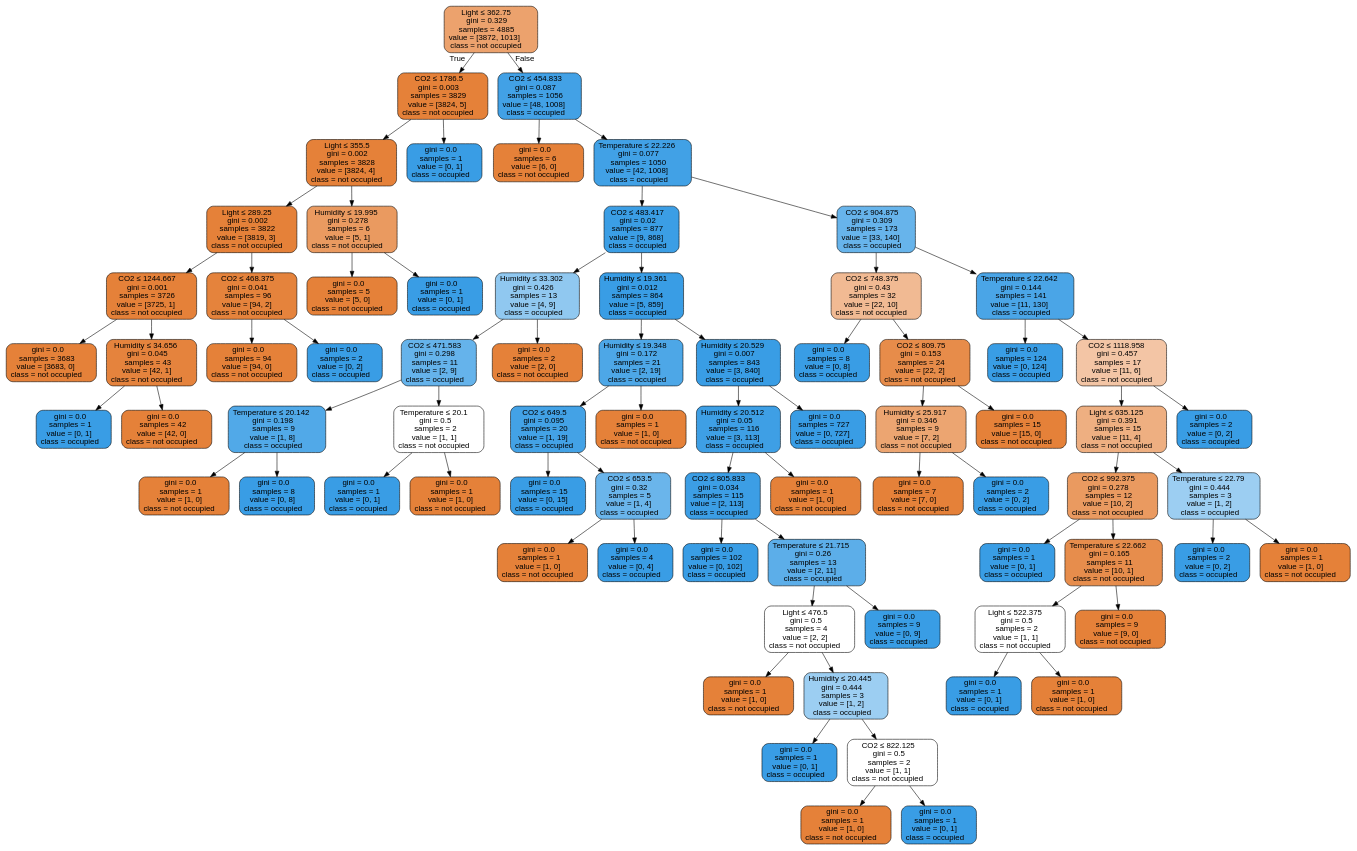
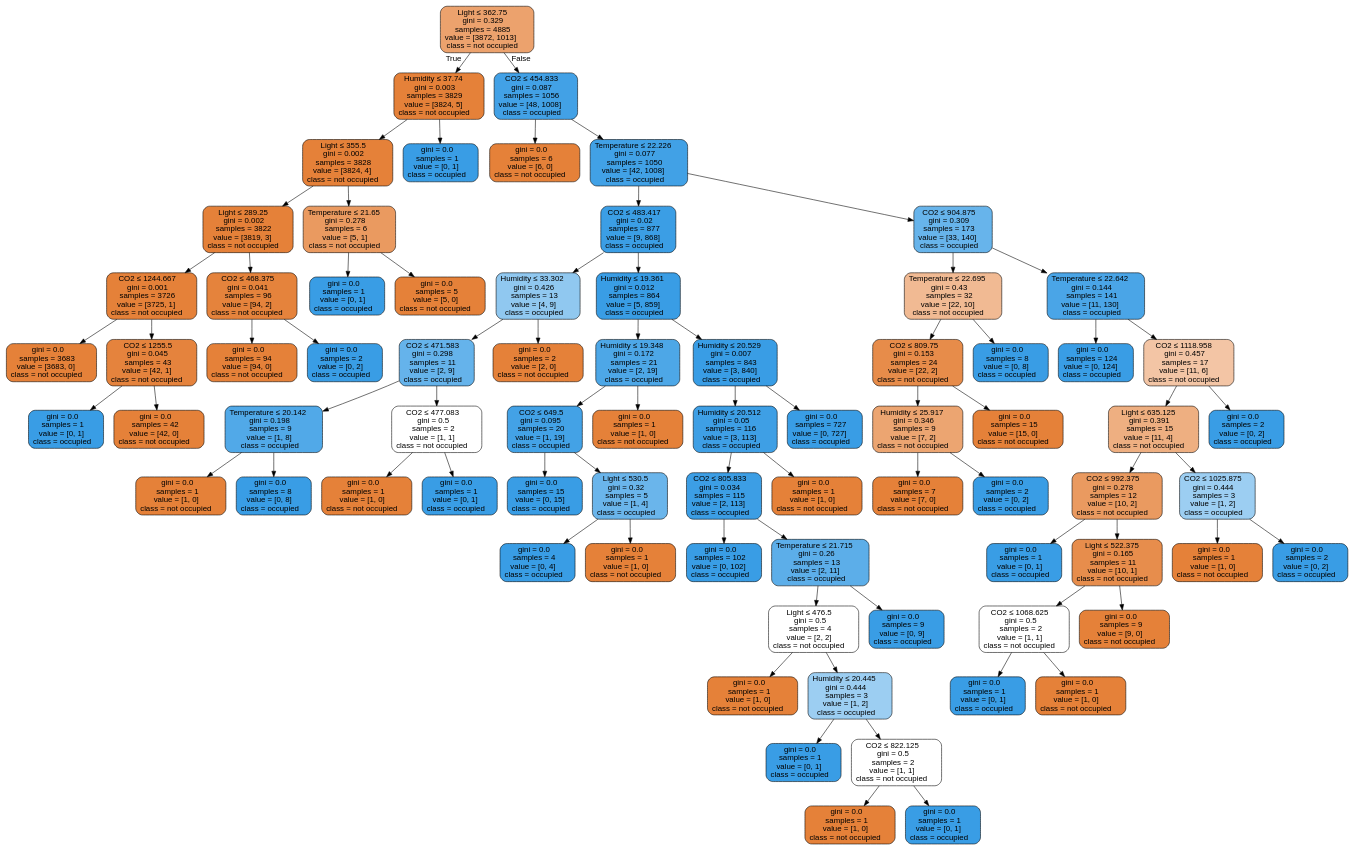
One commit to rotarywolf/PDS_DataModel changed the diagram in Occupancy.dot. Above: the diagram before and after it, drawn with Graphviz. The commit also changed 2 other files, not shown here.

```diff
--- a/Occupancy.dot
+++ b/Occupancy.dot
@@ -1,153 +1,153 @@
 digraph Tree {
 node [shape=box, style="filled, rounded", color="black", fontname=helvetica] ;
 edge [fontname=helvetica] ;
 0 [label=<Light &le; 362.75<br/>gini = 0.329<br/>samples = 4885<br/>value = [3872, 1013]<br/>class = not occupied>, fillcolor="#e58139bc"] ;
-1 [label=<CO2 &le; 1786.5<br/>gini = 0.003<br/>samples = 3829<br/>value = [3824, 5]<br/>class = not occupied>, fillcolor="#e58139ff"] ;
+1 [label=<Humidity &le; 37.74<br/>gini = 0.003<br/>samples = 3829<br/>value = [3824, 5]<br/>class = not occupied>, fillcolor="#e58139ff"] ;
 0 -> 1 [labeldistance=2.5, labelangle=45, headlabel="True"] ;
 2 [label=<Light &le; 355.5<br/>gini = 0.002<br/>samples = 3828<br/>value = [3824, 4]<br/>class = not occupied>, fillcolor="#e58139ff"] ;
 1 -> 2 ;
 3 [label=<Light &le; 289.25<br/>gini = 0.002<br/>samples = 3822<br/>value = [3819, 3]<br/>class = not occupied>, fillcolor="#e58139ff"] ;
 2 -> 3 ;
 4 [label=<CO2 &le; 1244.667<br/>gini = 0.001<br/>samples = 3726<br/>value = [3725, 1]<br/>class = not occupied>, fillcolor="#e58139ff"] ;
 3 -> 4 ;
 5 [label=<gini = 0.0<br/>samples = 3683<br/>value = [3683, 0]<br/>class = not occupied>, fillcolor="#e58139ff"] ;
 4 -> 5 ;
-6 [label=<Humidity &le; 34.656<br/>gini = 0.045<br/>samples = 43<br/>value = [42, 1]<br/>class = not occupied>, fillcolor="#e58139f9"] ;
+6 [label=<CO2 &le; 1255.5<br/>gini = 0.045<br/>samples = 43<br/>value = [42, 1]<br/>class = not occupied>, fillcolor="#e58139f9"] ;
 4 -> 6 ;
 7 [label=<gini = 0.0<br/>samples = 1<br/>value = [0, 1]<br/>class = occupied>, fillcolor="#399de5ff"] ;
 6 -> 7 ;
 8 [label=<gini = 0.0<br/>samples = 42<br/>value = [42, 0]<br/>class = not occupied>, fillcolor="#e58139ff"] ;
 6 -> 8 ;
 9 [label=<CO2 &le; 468.375<br/>gini = 0.041<br/>samples = 96<br/>value = [94, 2]<br/>class = not occupied>, fillcolor="#e58139fa"] ;
 3 -> 9 ;
 10 [label=<gini = 0.0<br/>samples = 94<br/>value = [94, 0]<br/>class = not occupied>, fillcolor="#e58139ff"] ;
 9 -> 10 ;
 11 [label=<gini = 0.0<br/>samples = 2<br/>value = [0, 2]<br/>class = occupied>, fillcolor="#399de5ff"] ;
 9 -> 11 ;
-12 [label=<Humidity &le; 19.995<br/>gini = 0.278<br/>samples = 6<br/>value = [5, 1]<br/>class = not occupied>, fillcolor="#e58139cc"] ;
+12 [label=<Temperature &le; 21.65<br/>gini = 0.278<br/>samples = 6<br/>value = [5, 1]<br/>class = not occupied>, fillcolor="#e58139cc"] ;
 2 -> 12 ;
-13 [label=<gini = 0.0<br/>samples = 5<br/>value = [5, 0]<br/>class = not occupied>, fillcolor="#e58139ff"] ;
+13 [label=<gini = 0.0<br/>samples = 1<br/>value = [0, 1]<br/>class = occupied>, fillcolor="#399de5ff"] ;
 12 -> 13 ;
-14 [label=<gini = 0.0<br/>samples = 1<br/>value = [0, 1]<br/>class = occupied>, fillcolor="#399de5ff"] ;
+14 [label=<gini = 0.0<br/>samples = 5<br/>value = [5, 0]<br/>class = not occupied>, fillcolor="#e58139ff"] ;
 12 -> 14 ;
 15 [label=<gini = 0.0<br/>samples = 1<br/>value = [0, 1]<br/>class = occupied>, fillcolor="#399de5ff"] ;
 1 -> 15 ;
 16 [label=<CO2 &le; 454.833<br/>gini = 0.087<br/>samples = 1056<br/>value = [48, 1008]<br/>class = occupied>, fillcolor="#399de5f3"] ;
 0 -> 16 [labeldistance=2.5, labelangle=-45, headlabel="False"] ;
 17 [label=<gini = 0.0<br/>samples = 6<br/>value = [6, 0]<br/>class = not occupied>, fillcolor="#e58139ff"] ;
 16 -> 17 ;
 18 [label=<Temperature &le; 22.226<br/>gini = 0.077<br/>samples = 1050<br/>value = [42, 1008]<br/>class = occupied>, fillcolor="#399de5f4"] ;
 16 -> 18 ;
 19 [label=<CO2 &le; 483.417<br/>gini = 0.02<br/>samples = 877<br/>value = [9, 868]<br/>class = occupied>, fillcolor="#399de5fc"] ;
 18 -> 19 ;
 20 [label=<Humidity &le; 33.302<br/>gini = 0.426<br/>samples = 13<br/>value = [4, 9]<br/>class = occupied>, fillcolor="#399de58e"] ;
 19 -> 20 ;
 21 [label=<CO2 &le; 471.583<br/>gini = 0.298<br/>samples = 11<br/>value = [2, 9]<br/>class = occupied>, fillcolor="#399de5c6"] ;
 20 -> 21 ;
 22 [label=<Temperature &le; 20.142<br/>gini = 0.198<br/>samples = 9<br/>value = [1, 8]<br/>class = occupied>, fillcolor="#399de5df"] ;
 21 -> 22 ;
 23 [label=<gini = 0.0<br/>samples = 1<br/>value = [1, 0]<br/>class = not occupied>, fillcolor="#e58139ff"] ;
 22 -> 23 ;
 24 [label=<gini = 0.0<br/>samples = 8<br/>value = [0, 8]<br/>class = occupied>, fillcolor="#399de5ff"] ;
 22 -> 24 ;
-25 [label=<Temperature &le; 20.1<br/>gini = 0.5<br/>samples = 2<br/>value = [1, 1]<br/>class = not occupied>, fillcolor="#e5813900"] ;
+25 [label=<CO2 &le; 477.083<br/>gini = 0.5<br/>samples = 2<br/>value = [1, 1]<br/>class = not occupied>, fillcolor="#e5813900"] ;
 21 -> 25 ;
-26 [label=<gini = 0.0<br/>samples = 1<br/>value = [0, 1]<br/>class = occupied>, fillcolor="#399de5ff"] ;
+26 [label=<gini = 0.0<br/>samples = 1<br/>value = [1, 0]<br/>class = not occupied>, fillcolor="#e58139ff"] ;
 25 -> 26 ;
-27 [label=<gini = 0.0<br/>samples = 1<br/>value = [1, 0]<br/>class = not occupied>, fillcolor="#e58139ff"] ;
+27 [label=<gini = 0.0<br/>samples = 1<br/>value = [0, 1]<br/>class = occupied>, fillcolor="#399de5ff"] ;
 25 -> 27 ;
 28 [label=<gini = 0.0<br/>samples = 2<br/>value = [2, 0]<br/>class = not occupied>, fillcolor="#e58139ff"] ;
 20 -> 28 ;
 29 [label=<Humidity &le; 19.361<br/>gini = 0.012<br/>samples = 864<br/>value = [5, 859]<br/>class = occupied>, fillcolor="#399de5fe"] ;
 19 -> 29 ;
 30 [label=<Humidity &le; 19.348<br/>gini = 0.172<br/>samples = 21<br/>value = [2, 19]<br/>class = occupied>, fillcolor="#399de5e4"] ;
 29 -> 30 ;
 31 [label=<CO2 &le; 649.5<br/>gini = 0.095<br/>samples = 20<br/>value = [1, 19]<br/>class = occupied>, fillcolor="#399de5f2"] ;
 30 -> 31 ;
 32 [label=<gini = 0.0<br/>samples = 15<br/>value = [0, 15]<br/>class = occupied>, fillcolor="#399de5ff"] ;
 31 -> 32 ;
-33 [label=<CO2 &le; 653.5<br/>gini = 0.32<br/>samples = 5<br/>value = [1, 4]<br/>class = occupied>, fillcolor="#399de5bf"] ;
+33 [label=<Light &le; 530.5<br/>gini = 0.32<br/>samples = 5<br/>value = [1, 4]<br/>class = occupied>, fillcolor="#399de5bf"] ;
 31 -> 33 ;
-34 [label=<gini = 0.0<br/>samples = 1<br/>value = [1, 0]<br/>class = not occupied>, fillcolor="#e58139ff"] ;
+34 [label=<gini = 0.0<br/>samples = 4<br/>value = [0, 4]<br/>class = occupied>, fillcolor="#399de5ff"] ;
 33 -> 34 ;
-35 [label=<gini = 0.0<br/>samples = 4<br/>value = [0, 4]<br/>class = occupied>, fillcolor="#399de5ff"] ;
+35 [label=<gini = 0.0<br/>samples = 1<br/>value = [1, 0]<br/>class = not occupied>, fillcolor="#e58139ff"] ;
 33 -> 35 ;
 36 [label=<gini = 0.0<br/>samples = 1<br/>value = [1, 0]<br/>class = not occupied>, fillcolor="#e58139ff"] ;
 30 -> 36 ;
 37 [label=<Humidity &le; 20.529<br/>gini = 0.007<br/>samples = 843<br/>value = [3, 840]<br/>class = occupied>, fillcolor="#399de5fe"] ;
 29 -> 37 ;
 38 [label=<Humidity &le; 20.512<br/>gini = 0.05<br/>samples = 116<br/>value = [3, 113]<br/>class = occupied>, fillcolor="#399de5f8"] ;
 37 -> 38 ;
 39 [label=<CO2 &le; 805.833<br/>gini = 0.034<br/>samples = 115<br/>value = [2, 113]<br/>class = occupied>, fillcolor="#399de5fa"] ;
 38 -> 39 ;
 40 [label=<gini = 0.0<br/>samples = 102<br/>value = [0, 102]<br/>class = occupied>, fillcolor="#399de5ff"] ;
 39 -> 40 ;
 41 [label=<Temperature &le; 21.715<br/>gini = 0.26<br/>samples = 13<br/>value = [2, 11]<br/>class = occupied>, fillcolor="#399de5d1"] ;
 39 -> 41 ;
 42 [label=<Light &le; 476.5<br/>gini = 0.5<br/>samples = 4<br/>value = [2, 2]<br/>class = not occupied>, fillcolor="#e5813900"] ;
 41 -> 42 ;
 43 [label=<gini = 0.0<br/>samples = 1<br/>value = [1, 0]<br/>class = not occupied>, fillcolor="#e58139ff"] ;
 42 -> 43 ;
 44 [label=<Humidity &le; 20.445<br/>gini = 0.444<br/>samples = 3<br/>value = [1, 2]<br/>class = occupied>, fillcolor="#399de57f"] ;
 42 -> 44 ;
 45 [label=<gini = 0.0<br/>samples = 1<br/>value = [0, 1]<br/>class = occupied>, fillcolor="#399de5ff"] ;
 44 -> 45 ;
 46 [label=<CO2 &le; 822.125<br/>gini = 0.5<br/>samples = 2<br/>value = [1, 1]<br/>class = not occupied>, fillcolor="#e5813900"] ;
 44 -> 46 ;
 47 [label=<gini = 0.0<br/>samples = 1<br/>value = [1, 0]<br/>class = not occupied>, fillcolor="#e58139ff"] ;
 46 -> 47 ;
 48 [label=<gini = 0.0<br/>samples = 1<br/>value = [0, 1]<br/>class = occupied>, fillcolor="#399de5ff"] ;
 46 -> 48 ;
 49 [label=<gini = 0.0<br/>samples = 9<br/>value = [0, 9]<br/>class = occupied>, fillcolor="#399de5ff"] ;
 41 -> 49 ;
 50 [label=<gini = 0.0<br/>samples = 1<br/>value = [1, 0]<br/>class = not occupied>, fillcolor="#e58139ff"] ;
 38 -> 50 ;
 51 [label=<gini = 0.0<br/>samples = 727<br/>value = [0, 727]<br/>class = occupied>, fillcolor="#399de5ff"] ;
 37 -> 51 ;
 52 [label=<CO2 &le; 904.875<br/>gini = 0.309<br/>samples = 173<br/>value = [33, 140]<br/>class = occupied>, fillcolor="#399de5c3"] ;
 18 -> 52 ;
-53 [label=<CO2 &le; 748.375<br/>gini = 0.43<br/>samples = 32<br/>value = [22, 10]<br/>class = not occupied>, fillcolor="#e581398b"] ;
+53 [label=<Temperature &le; 22.695<br/>gini = 0.43<br/>samples = 32<br/>value = [22, 10]<br/>class = not occupied>, fillcolor="#e581398b"] ;
 52 -> 53 ;
-54 [label=<gini = 0.0<br/>samples = 8<br/>value = [0, 8]<br/>class = occupied>, fillcolor="#399de5ff"] ;
+54 [label=<CO2 &le; 809.75<br/>gini = 0.153<br/>samples = 24<br/>value = [22, 2]<br/>class = not occupied>, fillcolor="#e58139e8"] ;
 53 -> 54 ;
-55 [label=<CO2 &le; 809.75<br/>gini = 0.153<br/>samples = 24<br/>value = [22, 2]<br/>class = not occupied>, fillcolor="#e58139e8"] ;
-53 -> 55 ;
-56 [label=<Humidity &le; 25.917<br/>gini = 0.346<br/>samples = 9<br/>value = [7, 2]<br/>class = not occupied>, fillcolor="#e58139b6"] ;
+55 [label=<Humidity &le; 25.917<br/>gini = 0.346<br/>samples = 9<br/>value = [7, 2]<br/>class = not occupied>, fillcolor="#e58139b6"] ;
+54 -> 55 ;
+56 [label=<gini = 0.0<br/>samples = 7<br/>value = [7, 0]<br/>class = not occupied>, fillcolor="#e58139ff"] ;
 55 -> 56 ;
-57 [label=<gini = 0.0<br/>samples = 7<br/>value = [7, 0]<br/>class = not occupied>, fillcolor="#e58139ff"] ;
-56 -> 57 ;
-58 [label=<gini = 0.0<br/>samples = 2<br/>value = [0, 2]<br/>class = occupied>, fillcolor="#399de5ff"] ;
-56 -> 58 ;
-59 [label=<gini = 0.0<br/>samples = 15<br/>value = [15, 0]<br/>class = not occupied>, fillcolor="#e58139ff"] ;
-55 -> 59 ;
+57 [label=<gini = 0.0<br/>samples = 2<br/>value = [0, 2]<br/>class = occupied>, fillcolor="#399de5ff"] ;
+55 -> 57 ;
+58 [label=<gini = 0.0<br/>samples = 15<br/>value = [15, 0]<br/>class = not occupied>, fillcolor="#e58139ff"] ;
+54 -> 58 ;
+59 [label=<gini = 0.0<br/>samples = 8<br/>value = [0, 8]<br/>class = occupied>, fillcolor="#399de5ff"] ;
+53 -> 59 ;
 60 [label=<Temperature &le; 22.642<br/>gini = 0.144<br/>samples = 141<br/>value = [11, 130]<br/>class = occupied>, fillcolor="#399de5e9"] ;
 52 -> 60 ;
 61 [label=<gini = 0.0<br/>samples = 124<br/>value = [0, 124]<br/>class = occupied>, fillcolor="#399de5ff"] ;
 60 -> 61 ;
 62 [label=<CO2 &le; 1118.958<br/>gini = 0.457<br/>samples = 17<br/>value = [11, 6]<br/>class = not occupied>, fillcolor="#e5813974"] ;
 60 -> 62 ;
 63 [label=<Light &le; 635.125<br/>gini = 0.391<br/>samples = 15<br/>value = [11, 4]<br/>class = not occupied>, fillcolor="#e58139a2"] ;
 62 -> 63 ;
 64 [label=<CO2 &le; 992.375<br/>gini = 0.278<br/>samples = 12<br/>value = [10, 2]<br/>class = not occupied>, fillcolor="#e58139cc"] ;
 63 -> 64 ;
 65 [label=<gini = 0.0<br/>samples = 1<br/>value = [0, 1]<br/>class = occupied>, fillcolor="#399de5ff"] ;
 64 -> 65 ;
-66 [label=<Temperature &le; 22.662<br/>gini = 0.165<br/>samples = 11<br/>value = [10, 1]<br/>class = not occupied>, fillcolor="#e58139e6"] ;
+66 [label=<Light &le; 522.375<br/>gini = 0.165<br/>samples = 11<br/>value = [10, 1]<br/>class = not occupied>, fillcolor="#e58139e6"] ;
 64 -> 66 ;
-67 [label=<Light &le; 522.375<br/>gini = 0.5<br/>samples = 2<br/>value = [1, 1]<br/>class = not occupied>, fillcolor="#e5813900"] ;
+67 [label=<CO2 &le; 1068.625<br/>gini = 0.5<br/>samples = 2<br/>value = [1, 1]<br/>class = not occupied>, fillcolor="#e5813900"] ;
 66 -> 67 ;
 68 [label=<gini = 0.0<br/>samples = 1<br/>value = [0, 1]<br/>class = occupied>, fillcolor="#399de5ff"] ;
 67 -> 68 ;
 69 [label=<gini = 0.0<br/>samples = 1<br/>value = [1, 0]<br/>class = not occupied>, fillcolor="#e58139ff"] ;
 67 -> 69 ;
 70 [label=<gini = 0.0<br/>samples = 9<br/>value = [9, 0]<br/>class = not occupied>, fillcolor="#e58139ff"] ;
 66 -> 70 ;
-71 [label=<Temperature &le; 22.79<br/>gini = 0.444<br/>samples = 3<br/>value = [1, 2]<br/>class = occupied>, fillcolor="#399de57f"] ;
+71 [label=<CO2 &le; 1025.875<br/>gini = 0.444<br/>samples = 3<br/>value = [1, 2]<br/>class = occupied>, fillcolor="#399de57f"] ;
 63 -> 71 ;
-72 [label=<gini = 0.0<br/>samples = 2<br/>value = [0, 2]<br/>class = occupied>, fillcolor="#399de5ff"] ;
+72 [label=<gini = 0.0<br/>samples = 1<br/>value = [1, 0]<br/>class = not occupied>, fillcolor="#e58139ff"] ;
 71 -> 72 ;
-73 [label=<gini = 0.0<br/>samples = 1<br/>value = [1, 0]<br/>class = not occupied>, fillcolor="#e58139ff"] ;
+73 [label=<gini = 0.0<br/>samples = 2<br/>value = [0, 2]<br/>class = occupied>, fillcolor="#399de5ff"] ;
 71 -> 73 ;
 74 [label=<gini = 0.0<br/>samples = 2<br/>value = [0, 2]<br/>class = occupied>, fillcolor="#399de5ff"] ;
 62 -> 74 ;
 }
```
